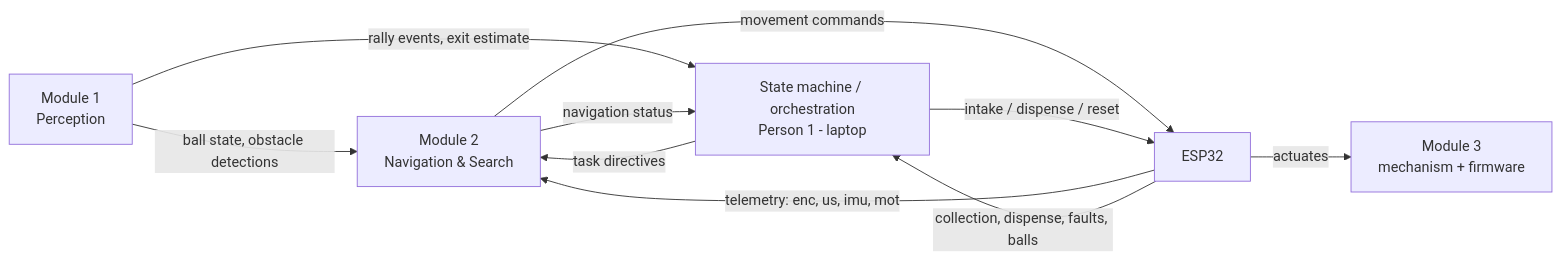
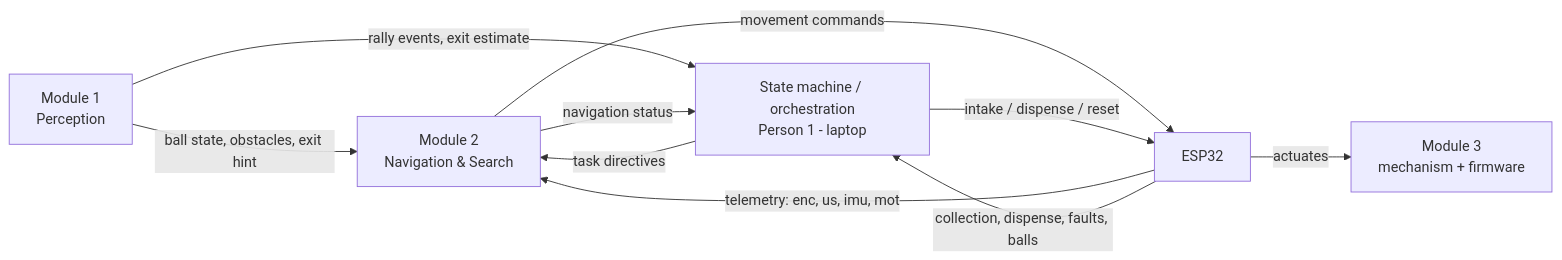
Before and after one commit to Abdullahhashmi06/AI-Sports-Ball-Recovery-Robot: the first of 2 diagrams in docs/TEAM_INTERFACE_CONTRACT.md, drawn with Mermaid. The commit also changed other lines of this file, not shown here.

````diff
--- a/docs/TEAM_INTERFACE_CONTRACT.md
+++ b/docs/TEAM_INTERFACE_CONTRACT.md
@@ -37,12 +37,12 @@
 ```mermaid
 flowchart LR
-    M1[Module 1<br/>Perception] -->|ball state, obstacle detections| M2[Module 2<br/>Navigation & Search]
+    M1[Module 1<br/>Perception] -->|ball state, obstacles, exit hint| M2[Module 2<br/>Navigation & Search]
     M1 -->|rally events, exit estimate| SM[State machine / orchestration<br/>Person 1 - laptop]
     SM -->|task directives| M2
     M2 -->|navigation status| SM
     M2 -->|movement commands| ESP[ESP32]
     ESP -->|telemetry: enc, us, imu, mot| M2
     SM -->|intake / dispense / reset| ESP
     ESP -->|collection, dispense, faults, balls| SM
     ESP -->|actuates| M3[Module 3<br/>mechanism + firmware]
 ```
````
